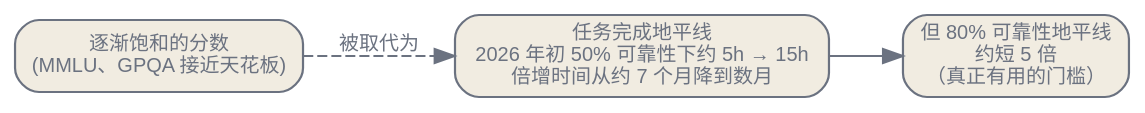
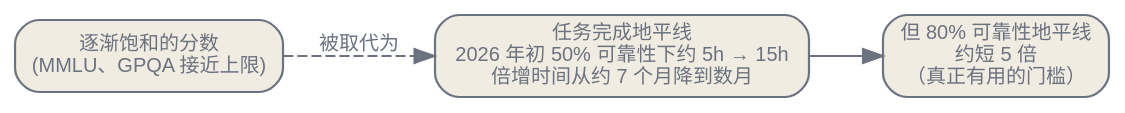
One commit to latere-ai/ai-as-an-infrastructure changed the first of 2 diagrams in zh/infrastructure/08-the-capability-horizon.qmd. Above: the diagram before and after it, drawn with Graphviz. The commit also changed other lines of this file and 9 other files, not shown here.

````diff
--- a/zh/infrastructure/08-the-capability-horizon.qmd
+++ b/zh/infrastructure/08-the-capability-horizon.qmd
@@ -11,18 +11,18 @@
 ```{dot}
 //| label: fig-horizon-trend
 //| fig-cap: "把前沿重构成一道地平线：一个模型能自主完成的任务有多长，快速上升，倍增时间同时缩短。头条是 50% 可靠性下的地平线；具有经济价值的 80% 地平线大约要短五倍，而这道差距正是核心约束。"
 digraph {
   bgcolor="transparent";
   rankdir=LR;
   nodesep=0.4; ranksep=0.5;
   node [shape=box, style="rounded,filled", fontname="Helvetica", fontsize=10, color="#6b7280", fontcolor="#6b7280", fillcolor="#f1ece1", penwidth=1.1];
   edge [fontsize=10, fontname="Helvetica", color="#6b7280", fontcolor="#6b7280"];
 
-  score [label="逐渐饱和的分数\n(MMLU、GPQA 接近天花板)"];
+  score [label="逐渐饱和的分数\n(MMLU、GPQA 接近上限)"];
   horizon [label="任务完成地平线\n2026 年初 50% 可靠性下约 5h → 15h\n倍增时间从约 7 个月降到数月"];
   gap [label="但 80% 可靠性地平线\n约短 5 倍\n（真正有用的门槛）"];
 
   score -> horizon [style=dashed, label="被取代为"];
   horizon -> gap;
 }
 ```
````
